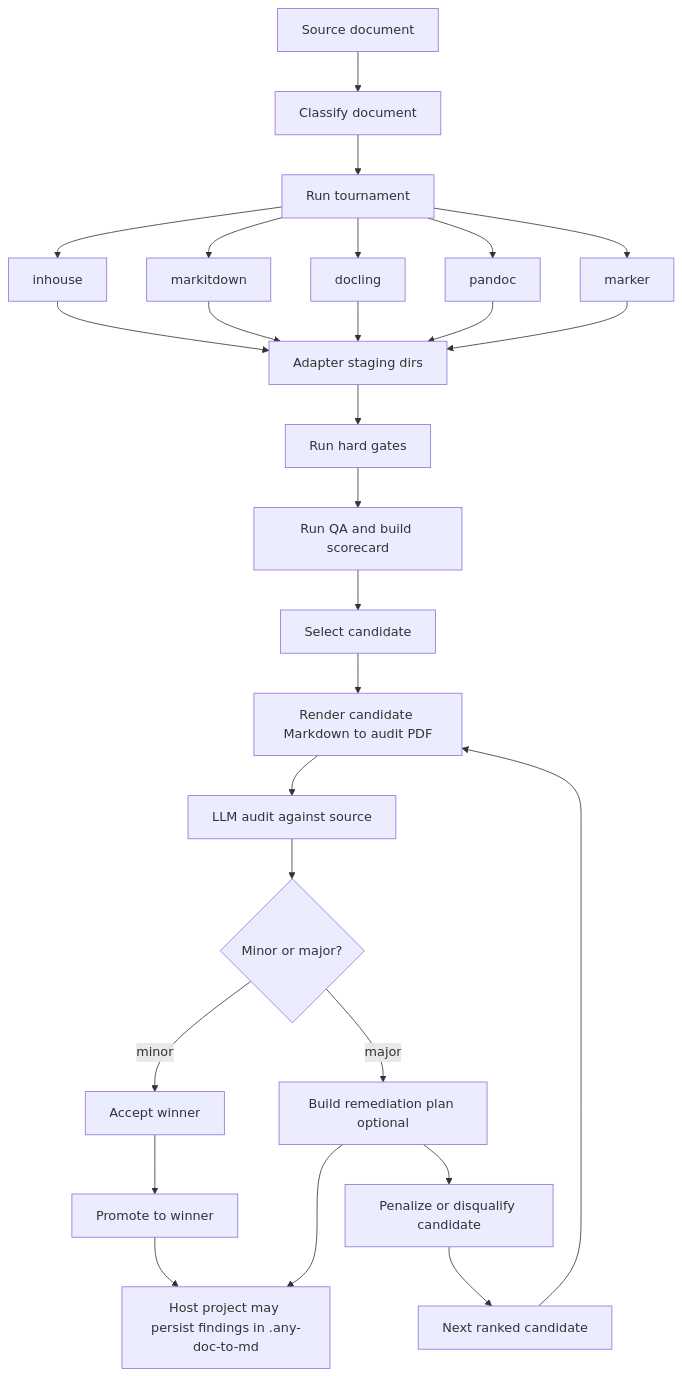
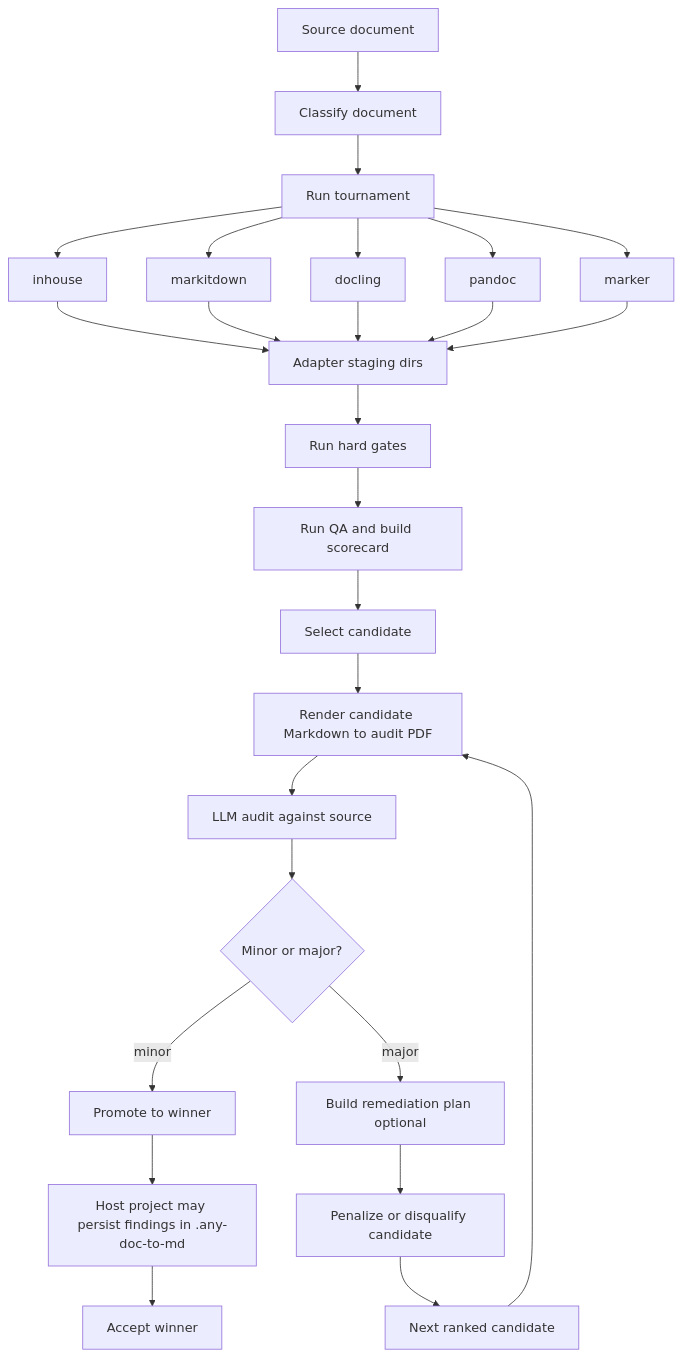
One commit to Agent-Cognitive-Enterprise/any-doc-to-md changed the diagram in README.md. Above: the diagram before and after it, drawn with Mermaid.

Commit message:
Fixing diagram

````diff
--- a/README.md
+++ b/README.md
@@ -47,29 +47,28 @@
 ```mermaid
 flowchart TD
     A[Source document] --> B[Classify document]
     B --> C[Run tournament]
     C --> C1[inhouse]
     C --> C2[markitdown]
     C --> C3[docling]
     C --> C4[pandoc]
     C --> C5[marker]
     C1 --> D[Adapter staging dirs]
     C2 --> D
     C3 --> D
     C4 --> D
     C5 --> D
     D --> E[Run hard gates]
     E --> F[Run QA and build scorecard]
     F --> G[Select candidate]
     G --> H[Render candidate Markdown to audit PDF]
     H --> I[LLM audit against source]
     I --> J{Minor or major?}
-    J -- minor --> K[Accept winner]
+    J -- minor --> N[Promote to winner]
     J -- major --> P[Build remediation plan optional]
     P --> L[Penalize or disqualify candidate]
     L --> M[Next ranked candidate]
     M --> H
-    K --> N[Promote to winner]
     N --> O[Host project may persist findings in .any-doc-to-md]
-    P --> O
+    O --> K[Accept winner]
 ```
````
